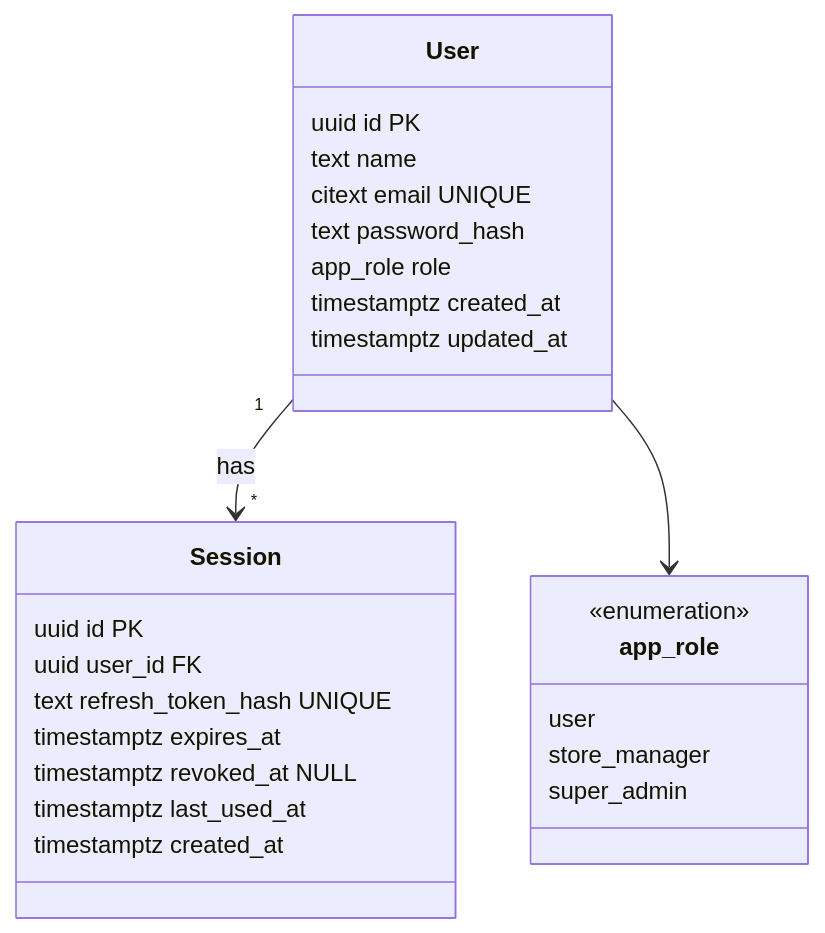
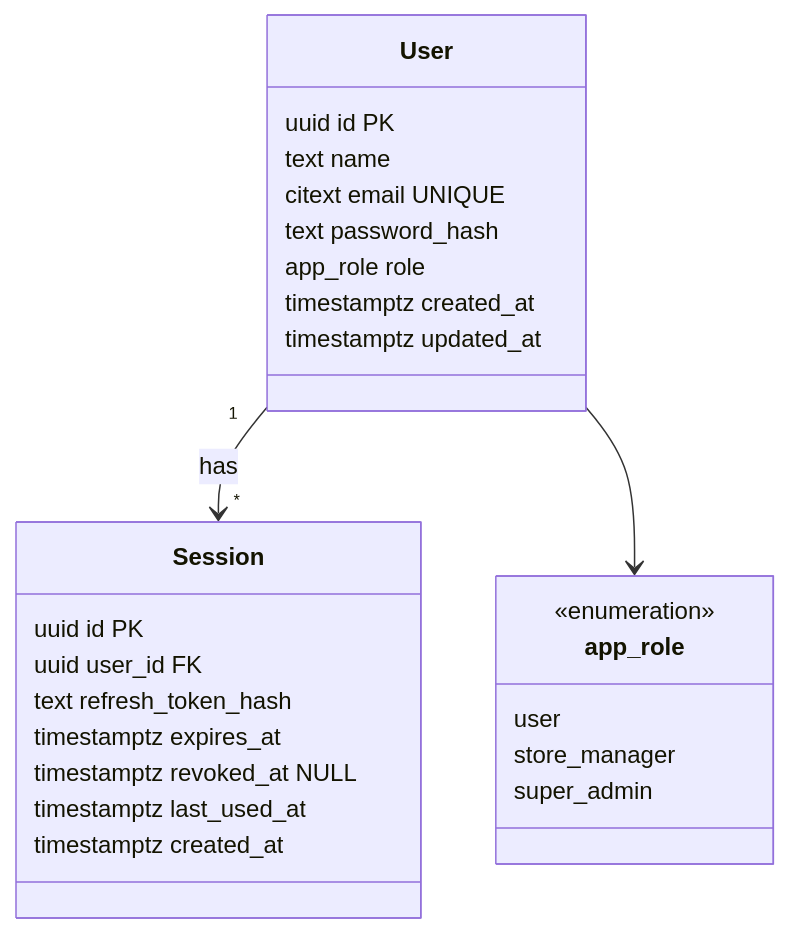
One commit to yessser/sitetrack changed the diagram in README.md. Above: the diagram before and after it, drawn with Mermaid. The commit also changed other lines of this file and 25 other files, not shown here.

Commit message:
feat(auth): users and sessions schema, register/login/refresh/logout with httpOnly cookies, /me, rate limiting

````diff
--- a/README.md
+++ b/README.md
@@ -31,29 +34,29 @@
 ```mermaid
 classDiagram
   class User {
     uuid id PK
     text name
     citext email UNIQUE
     text password_hash
     app_role role
     timestamptz created_at
     timestamptz updated_at
   }
   class Session {
     uuid id PK
     uuid user_id FK
-    text refresh_token_hash UNIQUE
+    text refresh_token_hash
     timestamptz expires_at
     timestamptz revoked_at NULL
     timestamptz last_used_at
     timestamptz created_at
   }
   class app_role {
     <<enumeration>>
     user
     store_manager
     super_admin
   }
   User "1" --> "*" Session : has
   User --> app_role
 ```
````
